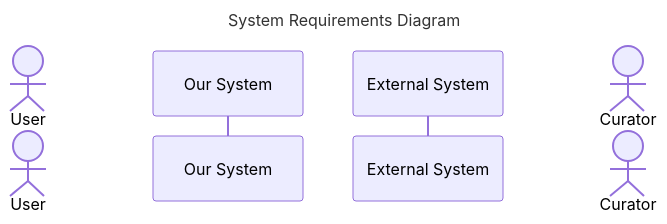
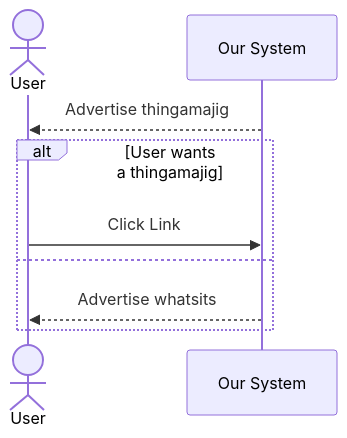
Before and after one commit to carolyncole/mermaid-wintersession: the diagram in lesson1-actors/xxx-answer-key.md, drawn with Mermaid. The commit also changed 3 other files, not shown here.

````diff
--- a/lesson1-actors/xxx-answer-key.md
+++ b/lesson1-actors/xxx-answer-key.md
@@ -9,11 +9,12 @@
 ```mermaid
 sequenceDiagram
-title  System Requirements Diagram
-accTitle: System Requirements Sequence Diagram
-
 actor user as User
 participant sys as Our System
-participant ext as External System
-actor curator as Curator
 
+sys -->> user: Advertise thingamajig
+alt User wants <br> a thingamajig
+  user ->> sys: Click Link
+else
+  sys -->> user: Advertise whatsits   
+end
 ```
````
